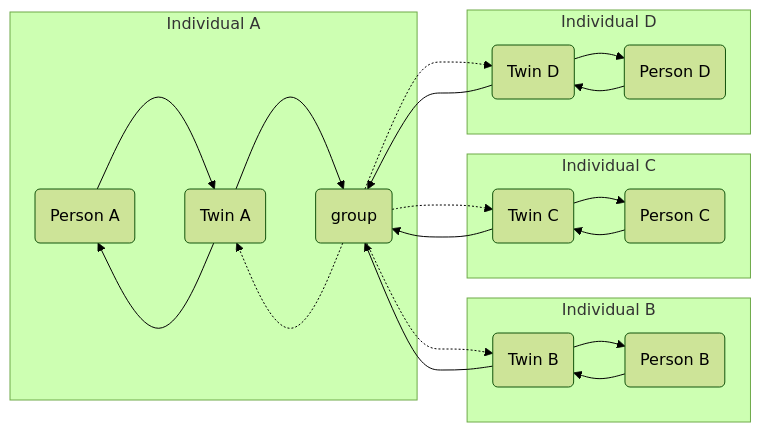
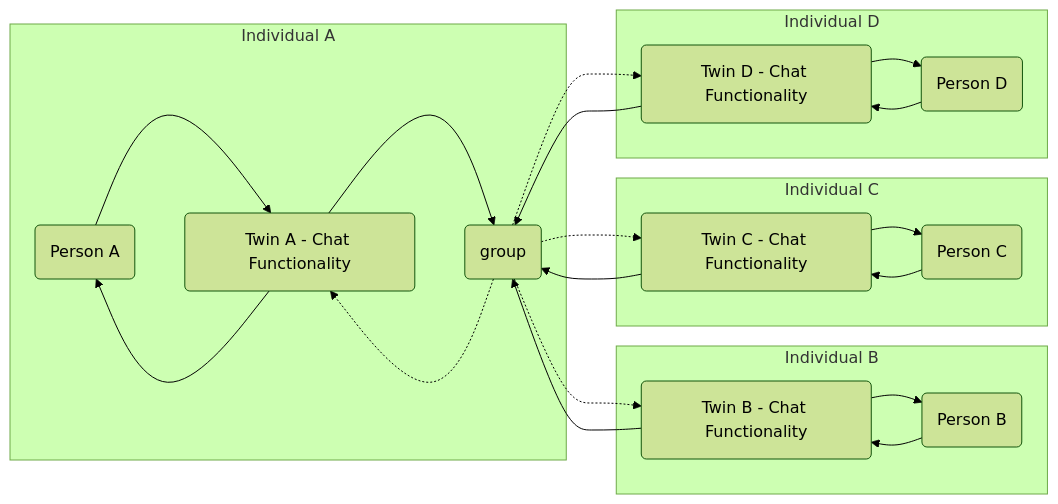
One commit to ourworldventures/ourworld_books_OLD changed the third of 3 diagrams in docs/feasibility_study/src/Capabilities/Communication_chat.md. Above: the diagram before and after it, drawn with Mermaid (forest theme). The commit also changed other lines of this file and 38 other files, not shown here.

Commit message:
Updated mermaids

````diff
--- a/docs/feasibility_study/src/Capabilities/Communication_chat.md
+++ b/docs/feasibility_study/src/Capabilities/Communication_chat.md
@@ -81,27 +81,27 @@
 ```mermaid
 graph LR
     subgraph Individual A
     PERSONA(Person A) --> TWINA
     TWINA --> PERSONA
-    TWINA(Twin A) --> GROUP(group)
+    TWINA(Twin A - Chat Functionality) --> GROUP(group)
     GROUP .-> TWINA
     end
     GROUP .-> TWINB
     subgraph Individual B
-    TWINB(Twin B) --> GROUP
+    TWINB(Twin B - Chat Functionality) --> GROUP
     TWINB --> PERSONB
     end
     PERSONB(Person B) --> TWINB
     subgraph Individual C
    GROUP .-> TWINC
-    TWINC(Twin C) --> GROUP
+    TWINC(Twin C - Chat Functionality) --> GROUP
     TWINC --> PERSONC
     end
     PERSONC(Person C) --> TWINC
        GROUP .-> TWIND
     subgraph Individual D
-    TWIND(Twin D) --> GROUP
+    TWIND(Twin D - Chat Functionality) --> GROUP
     TWIND --> PERSOND
     end
     PERSOND(Person D) --> TWIND
 ```
````
